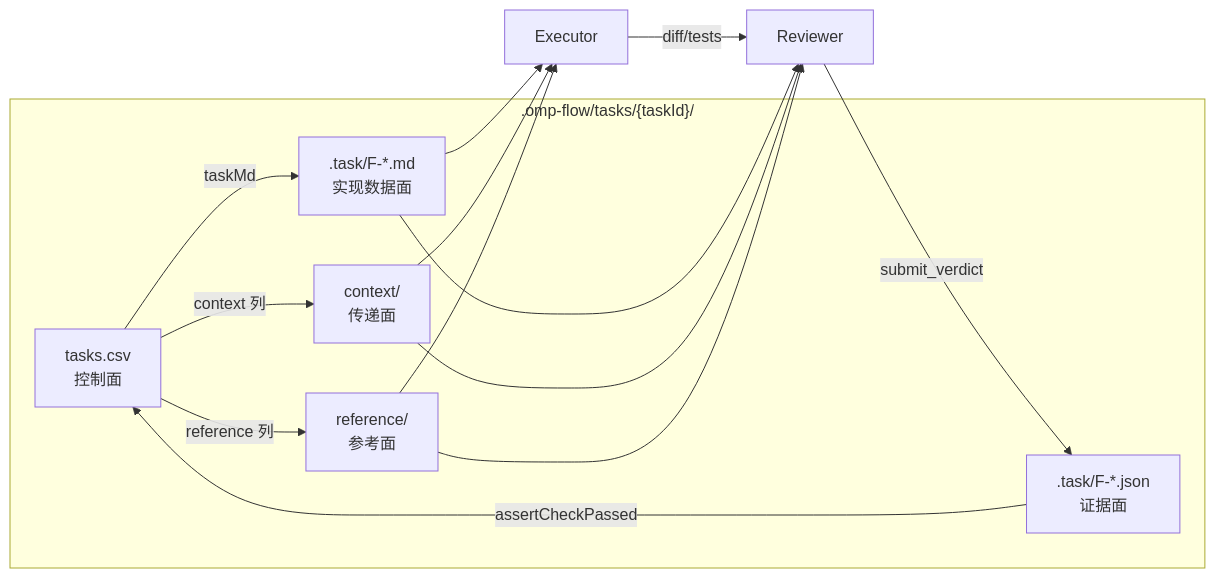
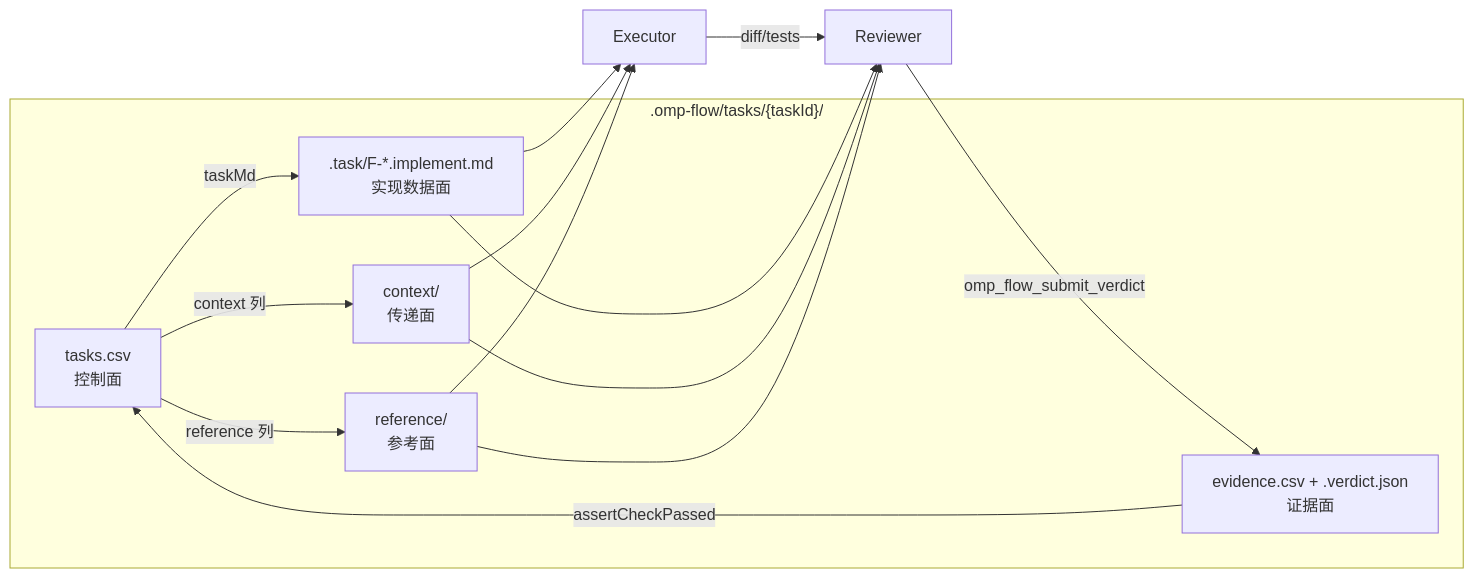
The fourth of 5 diagrams in README.md (Andyduck-ops/omp-flow), drawn with Mermaid before and after one commit. The commit also changed other lines of this file, not shown here.

````diff
--- a/README.md
+++ b/README.md
@@ -408,26 +403,26 @@
 ```mermaid
 flowchart LR
     subgraph Task[".omp-flow/tasks/{taskId}/"]
         CSV["tasks.csv<br/>控制面"]
-        MD[".task/F-*.md<br/>实现数据面"]
-        JSON[".task/F-*.json<br/>证据面"]
+        MD[".task/F-*.implement.md<br/>实现数据面"]
+        EVID["evidence.csv + .verdict.json<br/>证据面"]
         CTX["context/<br/>传递面"]
         REF["reference/<br/>参考面"]
     end
 
     CSV -- taskMd --> MD
     CSV -- context 列 --> CTX
     CSV -- reference 列 --> REF
 
     MD --> Executor["Executor"]
     CTX --> Executor
     REF --> Executor
 
     MD --> Reviewer["Reviewer"]
     CTX --> Reviewer
     REF --> Reviewer
     Executor -- diff/tests --> Reviewer
 
-    Reviewer -- submit_verdict --> JSON
-    JSON -- assertCheckPassed --> CSV
+    Reviewer -- omp_flow_submit_verdict --> EVID
+    EVID -- assertCheckPassed --> CSV
 ```
````
